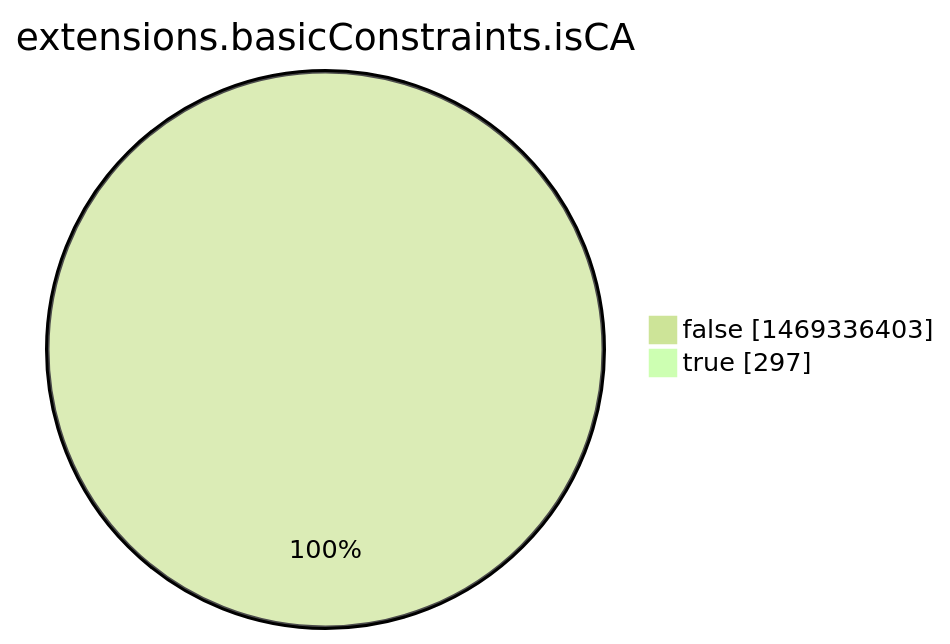
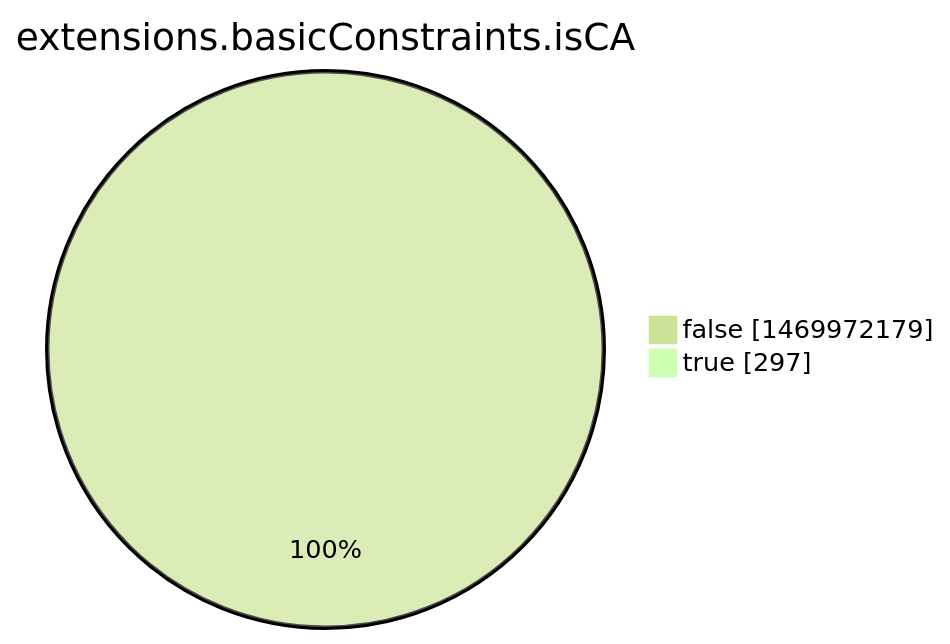
Before and after one commit to christiankrug/ctmonitor_visualization: the eighth of 15 diagrams in argon2022/README.md, drawn with Mermaid (forest theme). The commit also changed other lines of this file, not shown here.

````diff
--- a/argon2022/README.md
+++ b/argon2022/README.md
@@ -2760,6 +2760,6 @@
 ```mermaid
 pie showData
 title extensions.basicConstraints.isCA
-"false" :1469336403
+"false" :1469972179
 "true" :297
 ```
````
